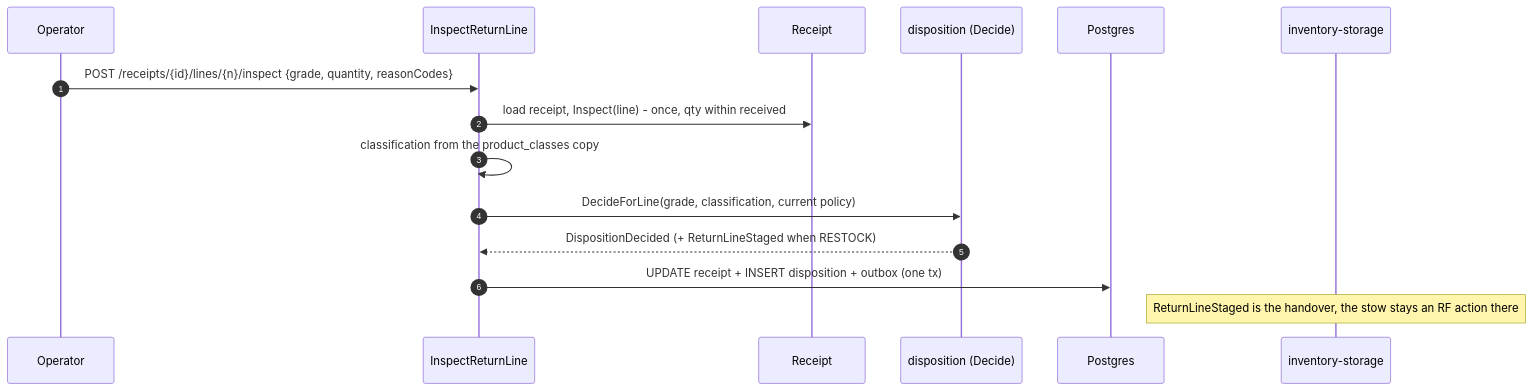
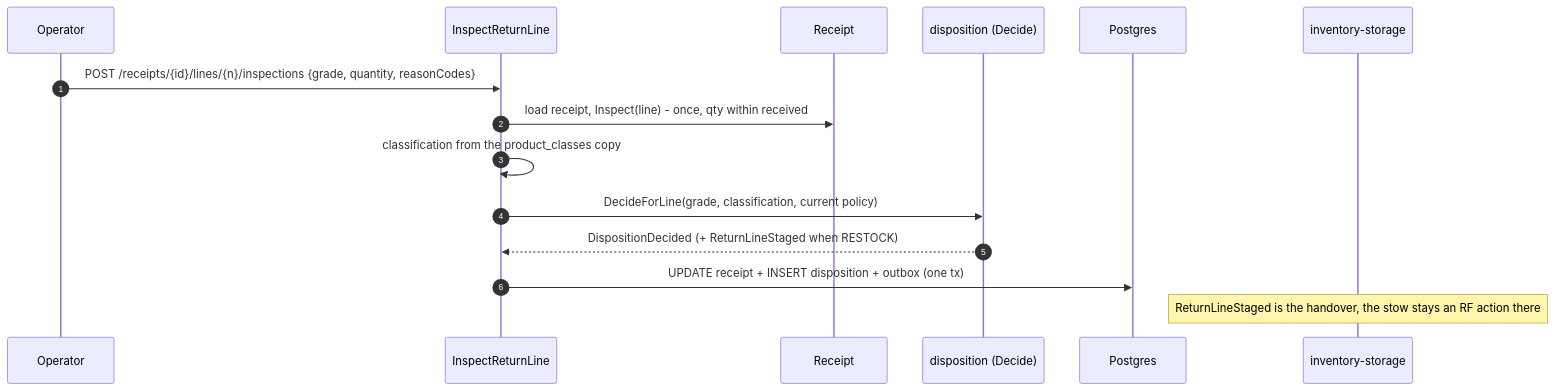
One commit to IQVO/warehouse-docs changed the fourth of 7 diagrams in docs/contexts/returns-processing/sequence-diagrams.md. Above: the diagram before and after it, drawn with Mermaid. The commit also changed other lines of this file and 272 other files, not shown here.

````diff
--- a/docs/contexts/returns-processing/sequence-diagrams.md
+++ b/docs/contexts/returns-processing/sequence-diagrams.md
@@ -104,18 +104,18 @@
 ```mermaid
 sequenceDiagram
     autonumber
     participant O as Operator
     participant UC as InspectReturnLine
     participant R as Receipt
     participant D as disposition (Decide)
     participant PG as Postgres
     participant IS as inventory-storage
 
-    O->>UC: POST /receipts/{id}/lines/{n}/inspect {grade, quantity, reasonCodes}
+    O->>UC: POST /receipts/{id}/lines/{n}/inspections {grade, quantity, reasonCodes}
     UC->>R: load receipt, Inspect(line) - once, qty within received
     UC->>UC: classification from the product_classes copy
     UC->>D: DecideForLine(grade, classification, current policy)
     D-->>UC: DispositionDecided (+ ReturnLineStaged when RESTOCK)
     UC->>PG: UPDATE receipt + INSERT disposition + outbox (one tx)
     Note over IS: ReturnLineStaged is the handover, the stow stays an RF action there
 ```
````
